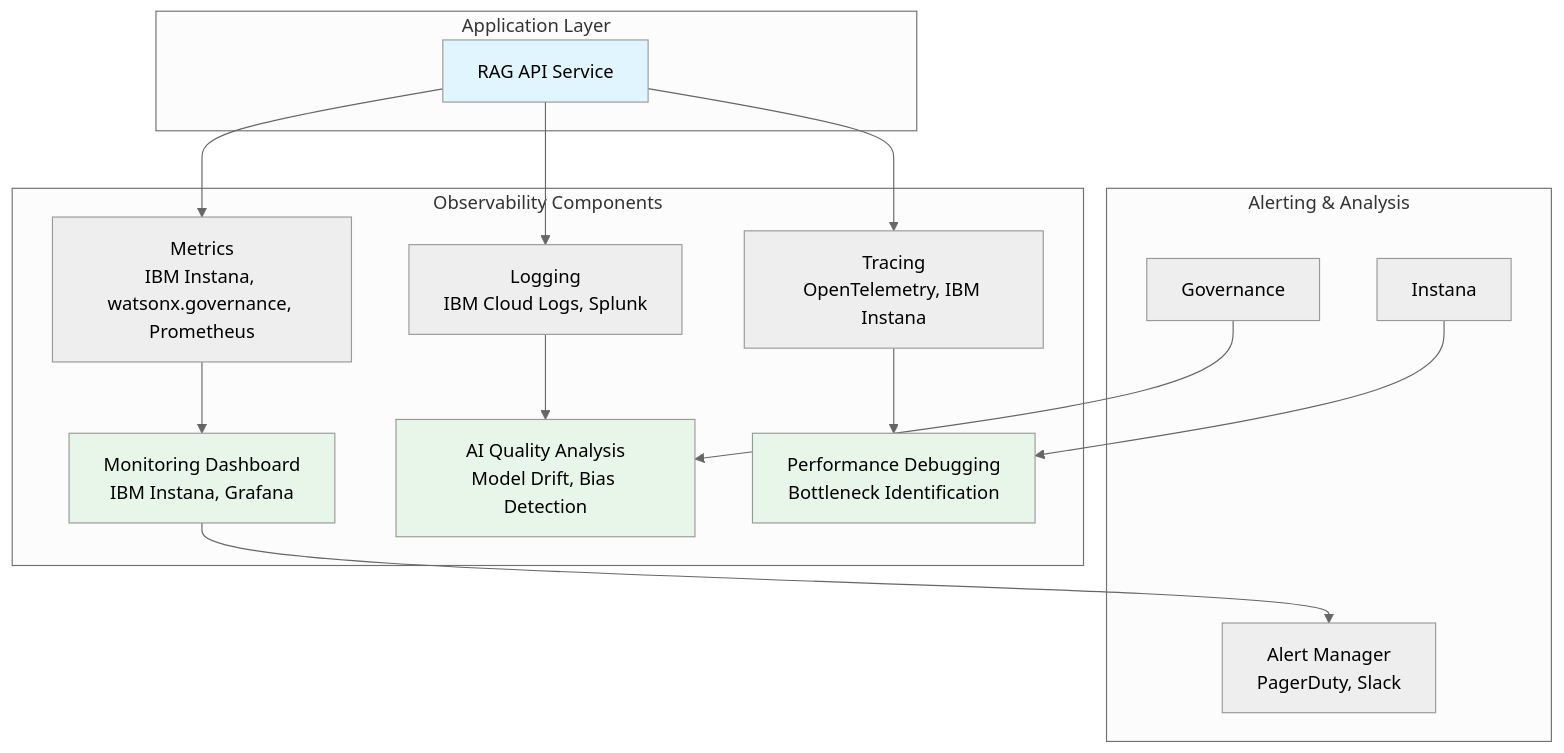
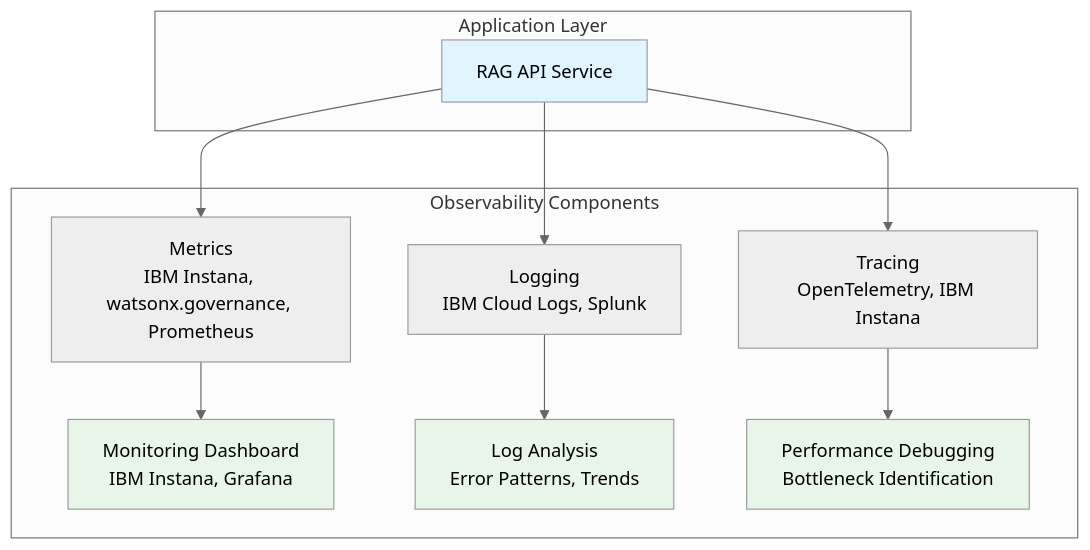
The fifth of 5 diagrams in Enterprise_RAG_Architecture_Guide.md (pravinbhat/pravinbhat.github.io), drawn with Mermaid (neutral theme) before and after one commit. The commit also changed other lines of this file, not shown here.

````diff
--- a/Enterprise_RAG_Architecture_Guide.md
+++ b/Enterprise_RAG_Architecture_Guide.md
@@ -939,27 +912,21 @@
 ```mermaid
 graph TB
     subgraph "Application Layer"
         API[RAG API Service]
     end
     
     subgraph "Observability Components"
         API --> Metrics[Metrics<br/>IBM Instana, watsonx.governance, Prometheus]
         API --> Logs[Logging<br/>IBM Cloud Logs, Splunk]
         API --> Traces[Tracing<br/>OpenTelemetry, IBM Instana]
         
         Metrics --> Dashboard[Monitoring Dashboard<br/>IBM Instana, Grafana]
         Logs --> Analysis[Log Analysis<br/>Error Patterns, Trends]
         Traces --> Debug[Performance Debugging<br/>Bottleneck Identification]
     end
     
-    subgraph "Alerting & Analysis"
-        Dashboard --> Alerts[Alert Manager<br/>PagerDuty, Slack]
-        Governance --> Analysis[AI Quality Analysis<br/>Model Drift, Bias Detection]
-        Instana --> Debug[Performance Debugging<br/>Bottleneck Identification]
-    end
-    
     style API fill:#e1f5ff
     style Dashboard fill:#e8f5e9
     style Analysis fill:#e8f5e9
     style Debug fill:#e8f5e9
 ```
````
